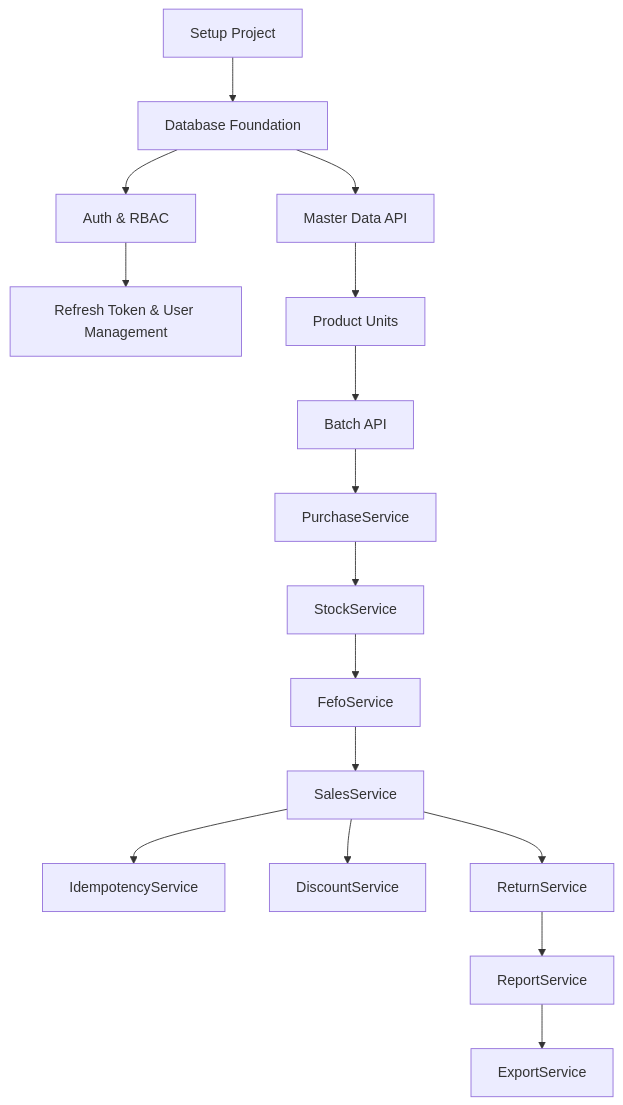
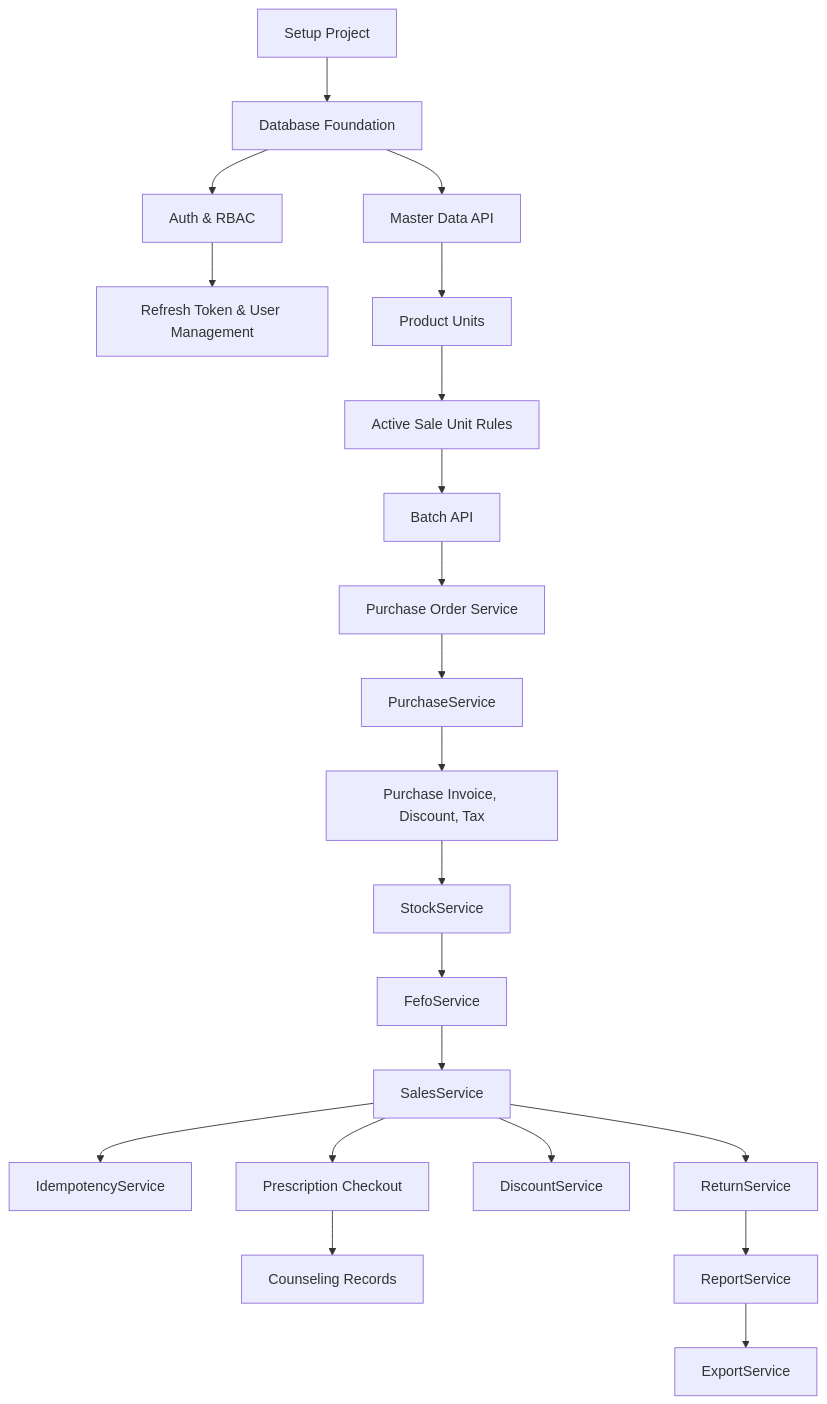
Before and after one commit to suju0227/pos_apotek_risyah: the first of 2 diagrams in docs/05_TASK_BREAKDOWN_POS_APOTEK.md, drawn with Mermaid. The commit also changed other lines of this file and 24 other files, not shown here.

````diff
--- a/docs/05_TASK_BREAKDOWN_POS_APOTEK.md
+++ b/docs/05_TASK_BREAKDOWN_POS_APOTEK.md
@@ -2206,18 +2784,23 @@
 ```mermaid
 flowchart TD
     A[Setup Project] --> B[Database Foundation]
     B --> C[Auth & RBAC]
     C --> C1[Refresh Token & User Management]
     B --> D[Master Data API]
     D --> E[Product Units]
-    E --> F[Batch API]
-    F --> G[PurchaseService]
-    G --> H[StockService]
+    E --> E1[Active Sale Unit Rules]
+    E1 --> F[Batch API]
+    F --> F1[Purchase Order Service]
+    F1 --> G[PurchaseService]
+    G --> G1[Purchase Invoice, Discount, Tax]
+    G1 --> H[StockService]
     H --> I[FefoService]
     I --> J[SalesService]
     J --> J1[IdempotencyService]
+    J --> J2[Prescription Checkout]
+    J2 --> J3[Counseling Records]
     J --> K[DiscountService]
     J --> L[ReturnService]
     L --> M[ReportService]
     M --> N[ExportService]
 ```
````
